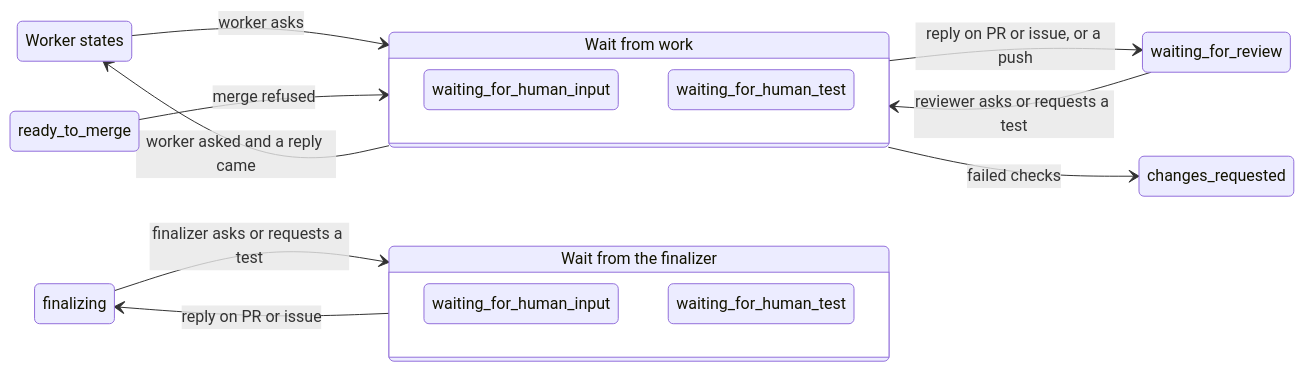
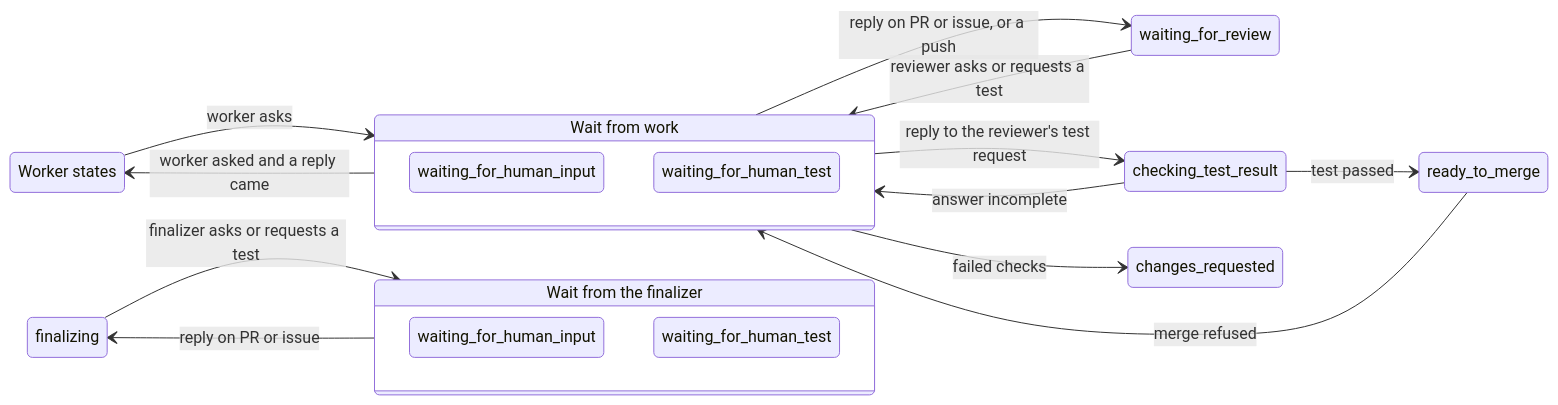
Before and after one commit to koshian/ghwatch: the third of 4 diagrams in ARCHITECTURE.md, drawn with Mermaid. The commit also changed other lines of this file and 16 other files, not shown here.

Commit message:
Judge a person's test result instead of reviewing the tested PR again

````diff
--- a/ARCHITECTURE.md
+++ b/ARCHITECTURE.md
@@ -128,26 +136,30 @@
 ```mermaid
 stateDiagram-v2
     direction LR
     state "Worker states" as work
     state "waiting_for_review" as review
     state "ready_to_merge" as merge
+    state "checking_test_result" as checking
     state "finalizing" as final
     state "Wait from work" as wait_work {
         direction TB
         waiting_for_human_input
         waiting_for_human_test
     }
     state "Wait from the finalizer" as wait_final {
         direction TB
         input_f: waiting_for_human_input
         test_f: waiting_for_human_test
     }
     work --> wait_work: worker asks
     review --> wait_work: reviewer asks or requests a test
     merge --> wait_work: merge refused
     wait_work --> review: reply on PR or issue, or a push
+    wait_work --> checking: reply to the reviewer's test request
+    checking --> merge: test passed
+    checking --> wait_work: answer incomplete
     wait_work --> work: worker asked and a reply came
     wait_work --> changes_requested: failed checks
     final --> wait_final: finalizer asks or requests a test
     wait_final --> final: reply on PR or issue
 ```
````
